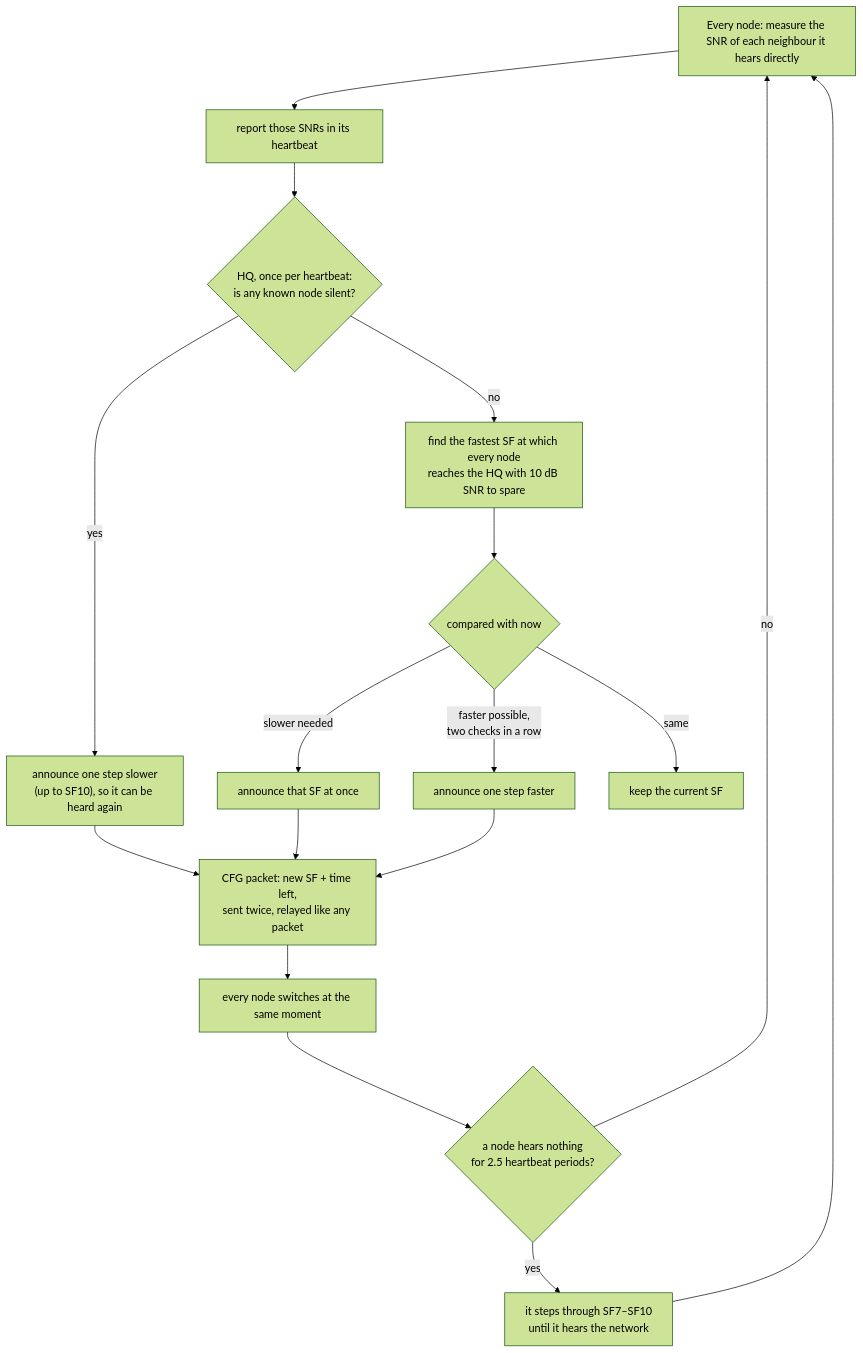
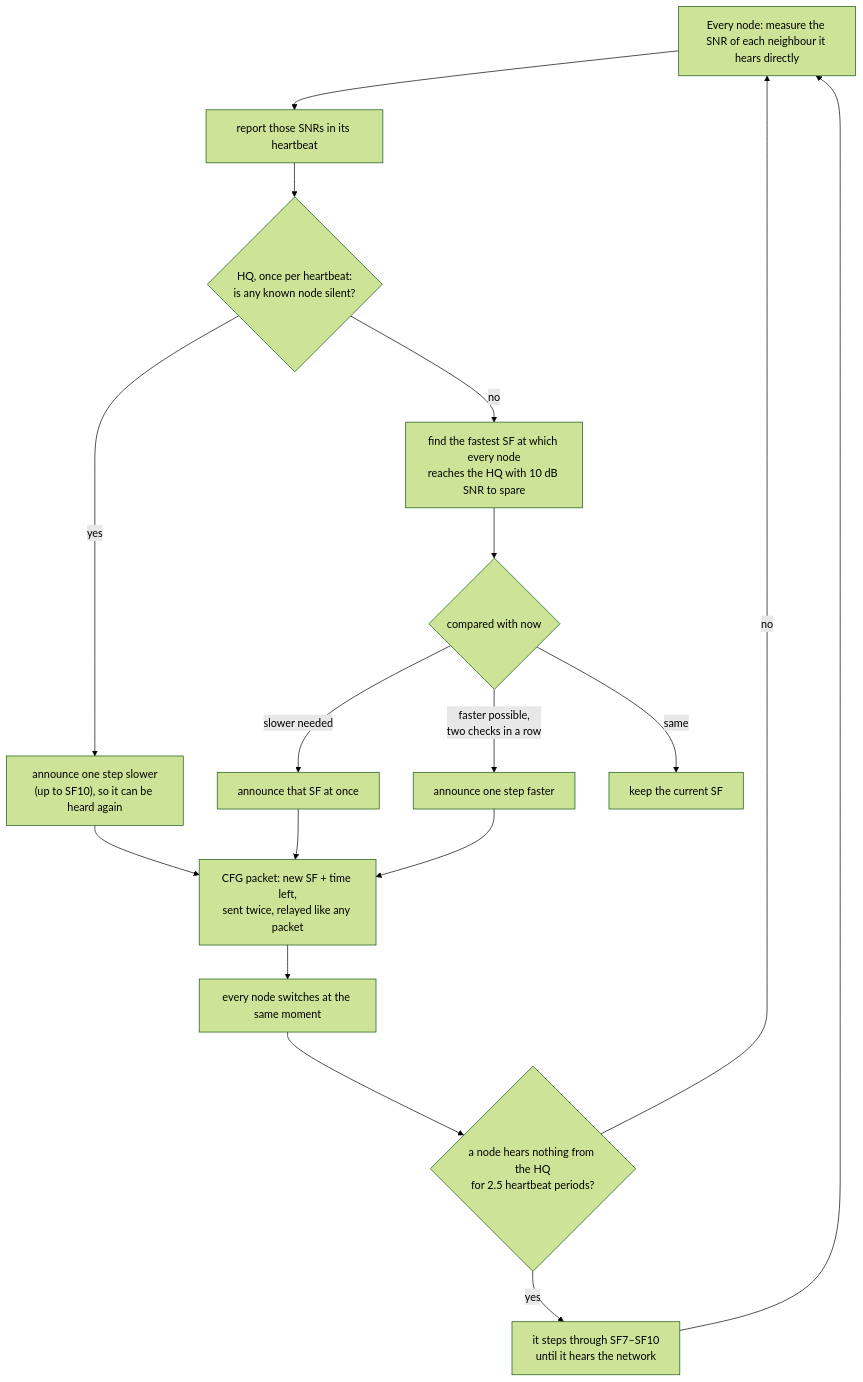
Before and after one commit to Arpan-dell/blackout-net: the fifth of 8 diagrams in plan.md, drawn with Mermaid (forest theme). The commit also changed other lines of this file and 24 other files, not shown here.

````diff
--- a/plan.md
+++ b/plan.md
@@ -93,19 +93,19 @@
 ```mermaid
 flowchart TD
     M["Every node: measure the SNR of each neighbour it hears directly"] --> HB["report those SNRs in its heartbeat"]
     HB --> HQ{"HQ, once per heartbeat:<br/>is any known node silent?"}
     HQ -- yes --> SLOW1["announce one step slower<br/>(up to SF10), so it can be heard again"]
     HQ -- no --> BEST["find the fastest SF at which every node<br/>reaches the HQ with 10 dB SNR to spare"]
     BEST --> CMP{"compared with now"}
     CMP -- "slower needed" --> SLOW2["announce that SF at once"]
     CMP -- "faster possible,<br/>two checks in a row" --> FAST["announce one step faster"]
     CMP -- same --> KEEP["keep the current SF"]
     SLOW1 --> ANN
     SLOW2 --> ANN
     FAST --> ANN["CFG packet: new SF + time left,<br/>sent twice, relayed like any packet"]
     ANN --> SW["every node switches at the same moment"]
-    SW --> CHK{"a node hears nothing<br/>for 2.5 heartbeat periods?"}
+    SW --> CHK{"a node hears nothing from the HQ<br/>for 2.5 heartbeat periods?"}
     CHK -- yes --> SCAN["it steps through SF7–SF10<br/>until it hears the network"]
     CHK -- no --> M
     SCAN --> M
 ```
````
